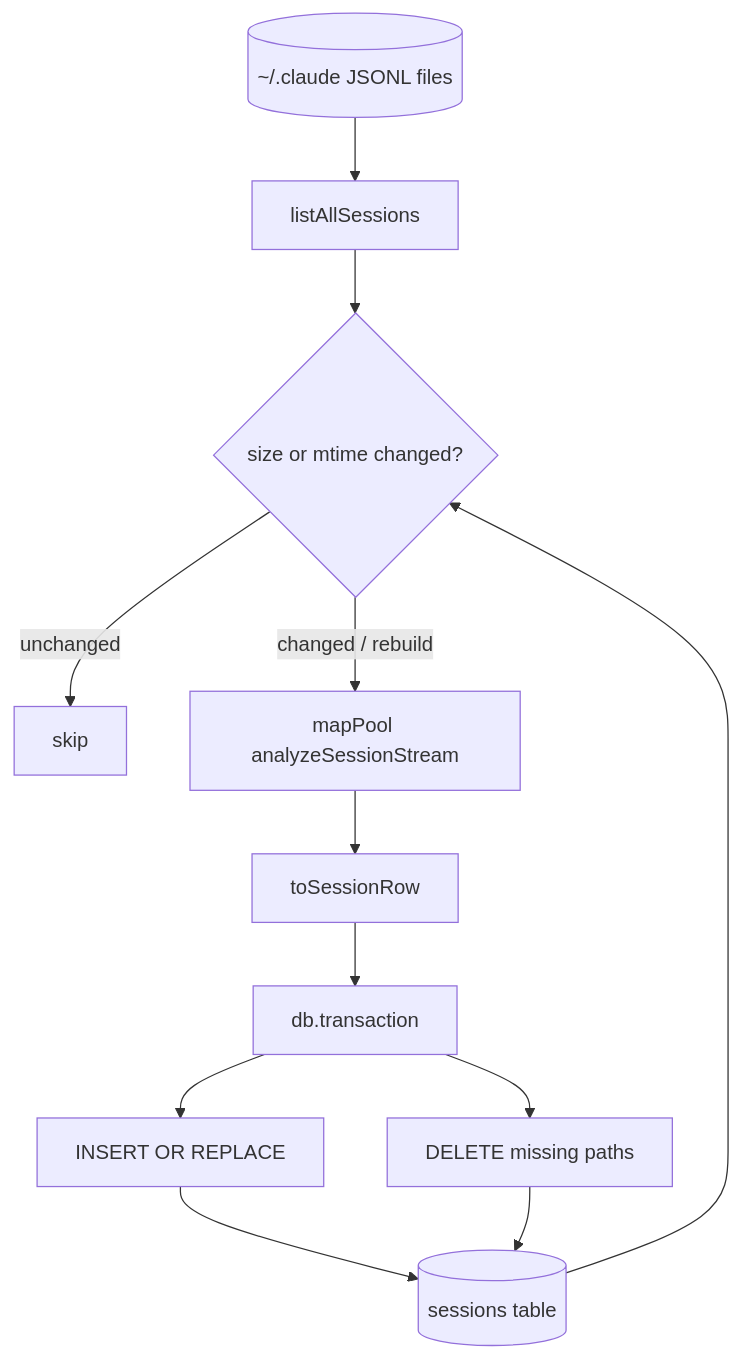
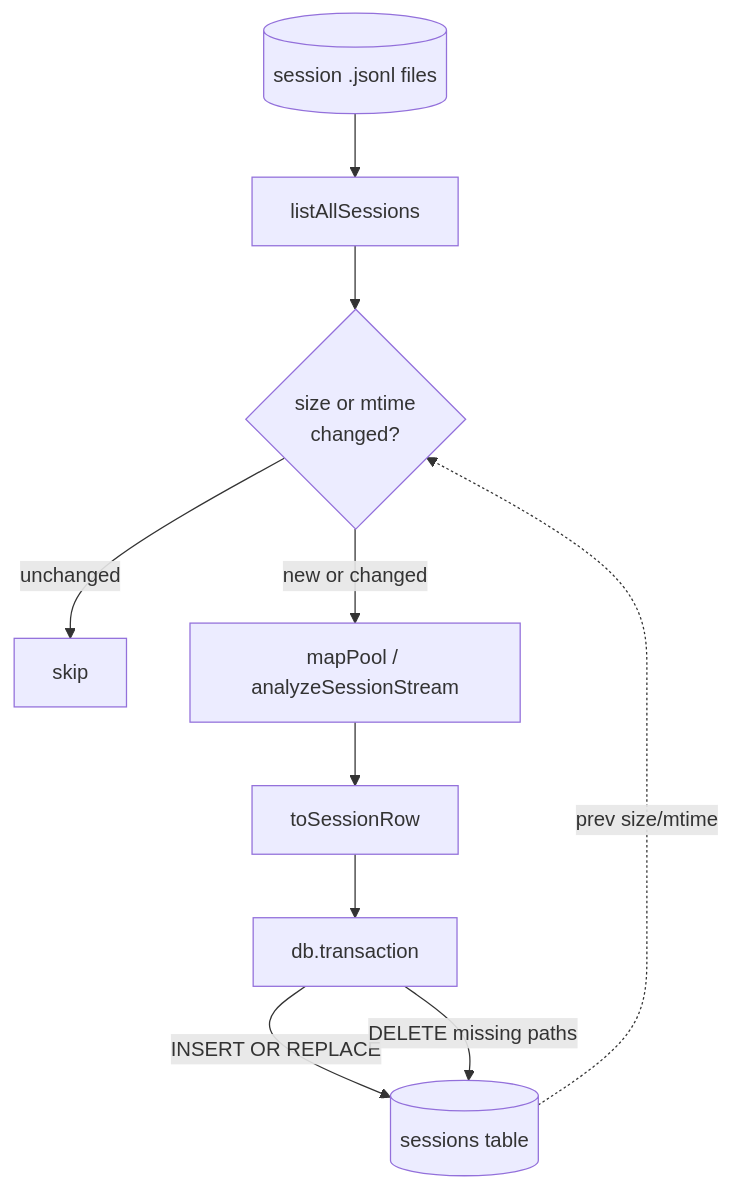
Before and after one commit to yorch/cc-analyzer: the diagram in wiki/2.3-index-and-analytics.md, drawn with Mermaid. The commit also changed other lines of this file and 15 other files, not shown here.

First line of the commit message:
docs(wiki): reconcile with #42 (schema v8, chart/analytics changes)

````diff
--- a/wiki/2.3-index-and-analytics.md
+++ b/wiki/2.3-index-and-analytics.md
@@ -48,14 +46,12 @@
 ```mermaid
 flowchart TD
-    Disk[(~/.claude JSONL files)] --> List[listAllSessions]
-    Existing[(sessions table)] --> Cmp{size or mtime changed?}
-    List --> Cmp
-    Cmp -->|unchanged| Skip[skip]
-    Cmp -->|changed / rebuild| Pool[mapPool analyzeSessionStream]
-    Pool --> Flatten[toSessionRow]
-    Flatten --> Txn[db.transaction]
-    Txn --> Upsert[INSERT OR REPLACE]
-    Txn --> Prune[DELETE missing paths]
-    Upsert --> Existing
-    Prune --> Existing
+    Files[(session .jsonl files)] --> List[listAllSessions]
+    List --> Filter{size or mtime<br/>changed?}
+    Existing[(sessions table)] -.prev size/mtime.-> Filter
+    Filter -- unchanged --> Skip[skip]
+    Filter -- new or changed --> Pool[mapPool / analyzeSessionStream]
+    Pool --> Row[toSessionRow]
+    Row --> Txn[db.transaction]
+    Txn -- INSERT OR REPLACE --> Existing
+    Txn -- DELETE missing paths --> Existing
 ```
````
